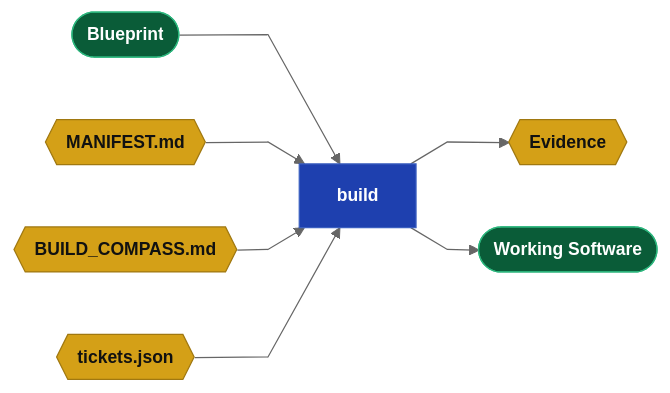
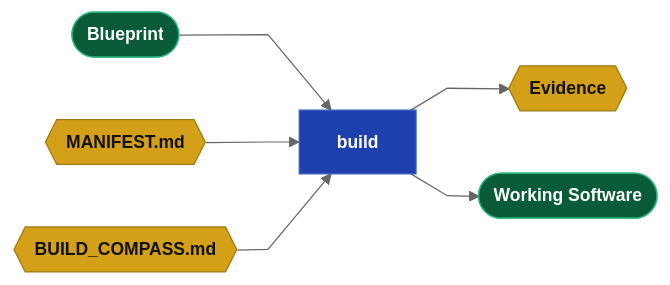
One commit to webcloudstudio/Drydock changed the fourth of 7 diagrams in docs/Drydock_Specification.md. Above: the diagram before and after it, drawn with Mermaid. The commit also changed other lines of this file and 6 other files, not shown here.

````diff
--- a/docs/Drydock_Specification.md
+++ b/docs/Drydock_Specification.md
@@ -441,17 +439,16 @@
 ```mermaid
 %%{init: {'theme': 'neutral', 'flowchart': {'curve': 'linear'}, 'themeVariables': {'fontSize': '14px'}}}%%
 flowchart LR
   classDef dir    fill:#0a5c38,stroke:#2cb67d,color:#fff,font-weight:bold
   classDef md     fill:#d4a017,stroke:#a07810,color:#111,font-weight:bold
   classDef script fill:#1e40af,stroke:#3b5fc0,color:#fff,font-weight:bold
   classDef prompt fill:#c2410c,stroke:#ea580c,color:#fff,font-weight:bold
   classDef output fill:#6d28d9,stroke:#8b5cf6,color:#fff,font-weight:bold
   classDef web    fill:#be123c,stroke:#fb7185,color:#fff,font-weight:bold
 
   SPEC(["Blueprint"]):::dir --> BUILD["build"]:::script
   BP{{"MANIFEST.md"}}:::md --> BUILD["build"]:::script
   BCOMPASS{{"BUILD_COMPASS.md"}}:::md --> BUILD
-  TICKETS{{"tickets.json"}}:::md --> BUILD
   BUILD --> EV{{"Evidence"}}:::md
   BUILD --> TARGET(["Working Software"]):::dir
 ```
````
